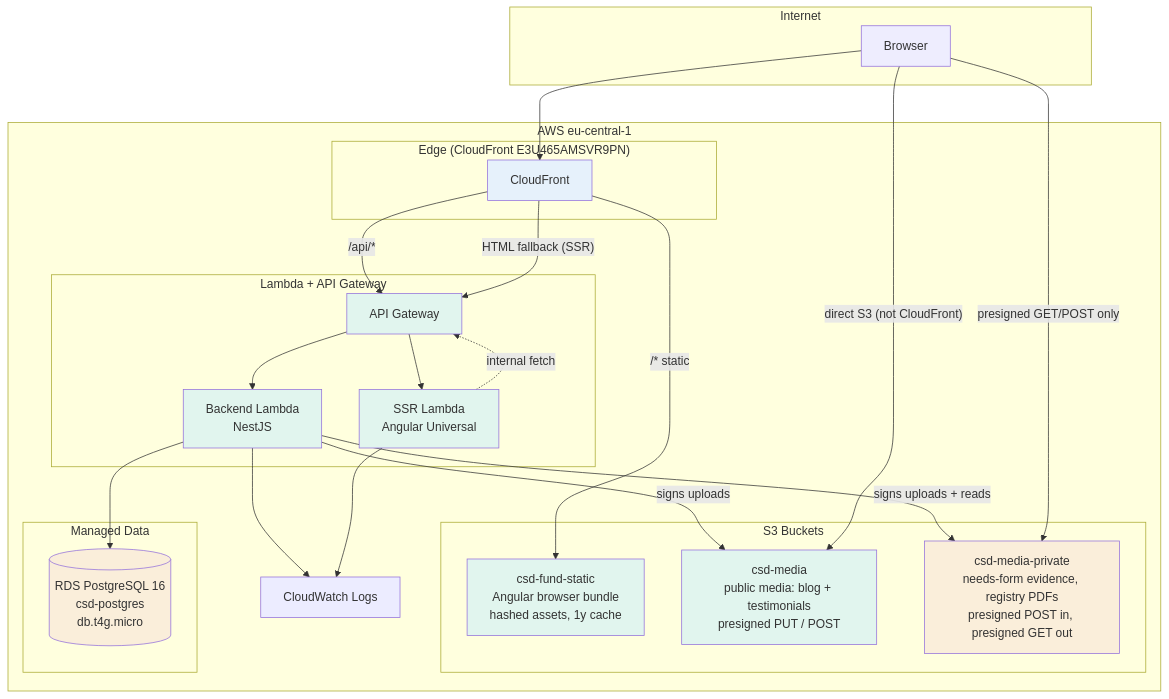
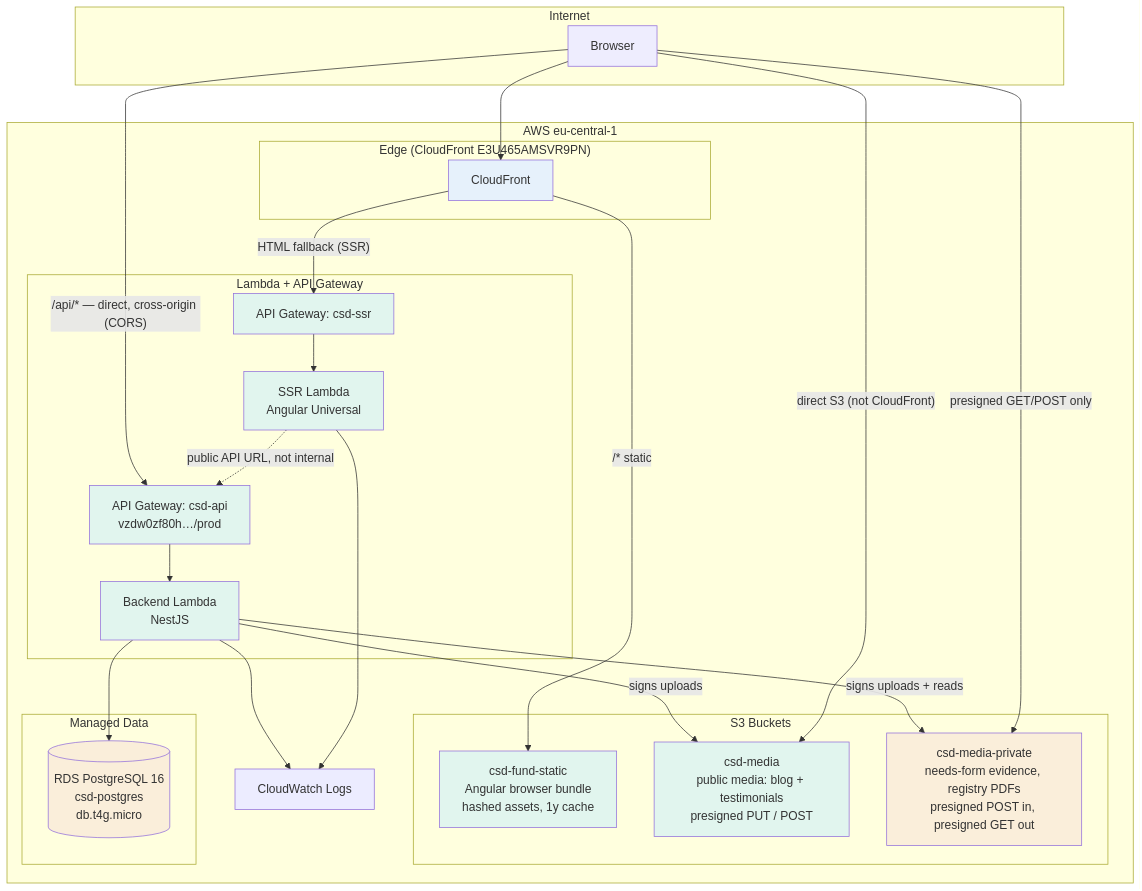
Before and after one commit to Endorrfin/csd: the third of 3 diagrams in docs/ARCHITECTURE.md, drawn with Mermaid. The commit also changed other lines of this file and 9 other files, not shown here.

````diff
--- a/docs/ARCHITECTURE.md
+++ b/docs/ARCHITECTURE.md
@@ -1071,55 +1074,57 @@
 ```mermaid
 graph TB
     subgraph Internet
         Browser[Browser]
     end
 
     subgraph AWS["AWS eu-central-1"]
         subgraph Edge["Edge (CloudFront E3U465AMSVR9PN)"]
             CF[CloudFront]
         end
 
         subgraph Static["S3 Buckets"]
             S3Static[csd-fund-static<br/>Angular browser bundle<br/>hashed assets, 1y cache]
             S3Media[csd-media<br/>public media: blog + testimonials<br/>presigned PUT / POST]
             S3Priv[csd-media-private<br/>needs-form evidence, registry PDFs<br/>presigned POST in, presigned GET out]
         end
 
         subgraph Compute["Lambda + API Gateway"]
-            APIGW[API Gateway]
+            APIGWBE[API Gateway: csd-api<br/>vzdw0zf80h…/prod]
+            APIGWUI[API Gateway: csd-ssr]
             LambdaBE[Backend Lambda<br/>NestJS]
             LambdaUI[SSR Lambda<br/>Angular Universal]
         end
 
         subgraph Data["Managed Data"]
             RDS[(RDS PostgreSQL 16<br/>csd-postgres<br/>db.t4g.micro)]
         end
 
         Monitoring[CloudWatch Logs]
     end
 
     Browser --> CF
+    Browser -->|"/api/* — direct, cross-origin (CORS)"| APIGWBE
     CF -->|"/* static"| S3Static
-    CF -->|"/api/*"| APIGW
-    CF -->|"HTML fallback (SSR)"| APIGW
-    APIGW --> LambdaBE
-    APIGW --> LambdaUI
-    LambdaUI -.->|"internal fetch"| APIGW
+    CF -->|"HTML fallback (SSR)"| APIGWUI
+    APIGWBE --> LambdaBE
+    APIGWUI --> LambdaUI
+    LambdaUI -.->|"public API URL, not internal"| APIGWBE
     LambdaBE --> RDS
     LambdaBE -->|"signs uploads"| S3Media
     LambdaBE -->|"signs uploads + reads"| S3Priv
     Browser -->|"direct S3 (not CloudFront)"| S3Media
     Browser -->|"presigned GET/POST only"| S3Priv
     LambdaBE --> Monitoring
     LambdaUI --> Monitoring
 
     style Browser fill:#EEEDFE
     style CF fill:#E6F1FB
     style S3Static fill:#E1F5EE
     style S3Media fill:#E1F5EE
     style S3Priv fill:#FAEEDA
-    style APIGW fill:#E1F5EE
+    style APIGWBE fill:#E1F5EE
+    style APIGWUI fill:#E1F5EE
     style LambdaBE fill:#E1F5EE
     style LambdaUI fill:#E1F5EE
     style RDS fill:#FAEEDA
 ```
````
